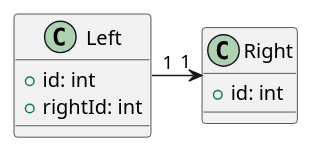
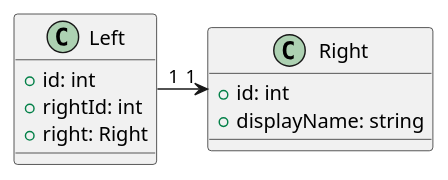
One commit to crazydan-studio/nop.crazydan.io changed the second of 4 diagrams in docs/200.practice/250.about/700.xmeta.md. Above: the diagram before and after it, drawn with PlantUML. The commit also changed other lines of this file, not shown here.

````diff
--- a/docs/200.practice/250.about/700.xmeta.md
+++ b/docs/200.practice/250.about/700.xmeta.md
@@ -248,12 +248,14 @@
 ```plantuml
 class Left {
   + id: int
   + rightId: int
+  + right: Right
 }
 
 class Right {
   + id: int
+  + displayName: string
 }
 
 Left "1" -right-> "1" Right
 ```
````
